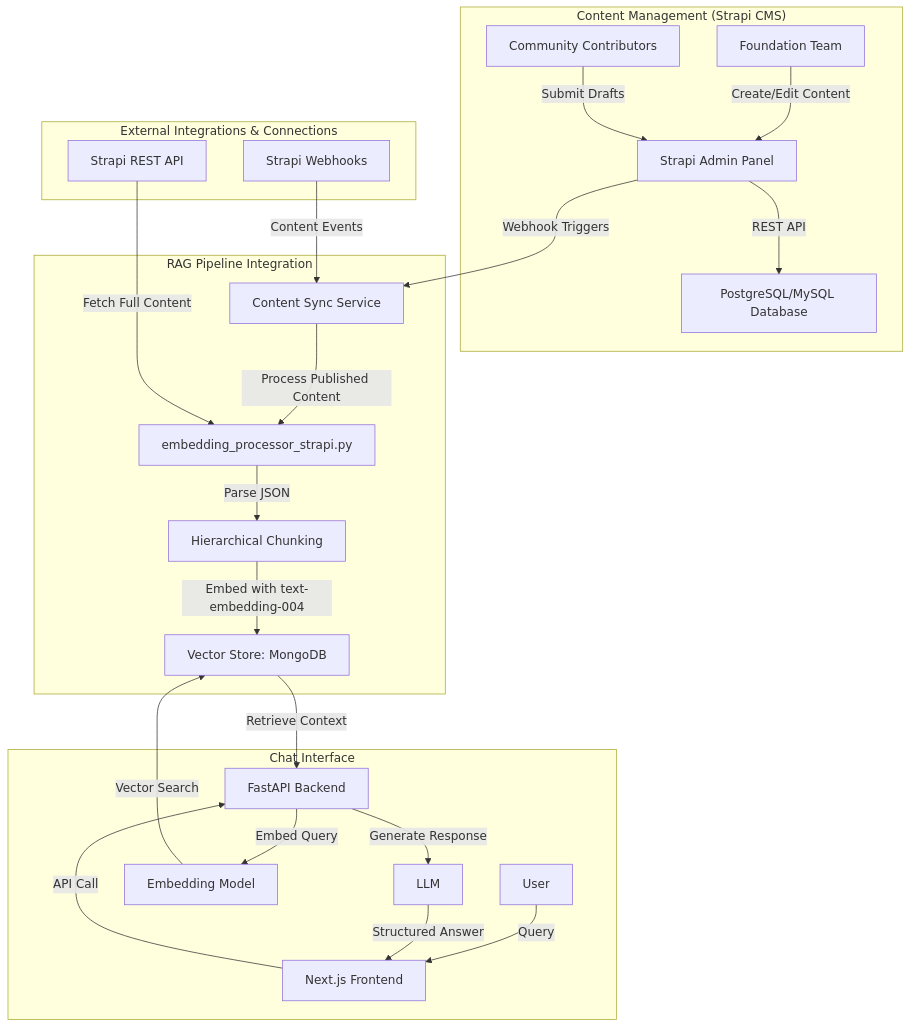
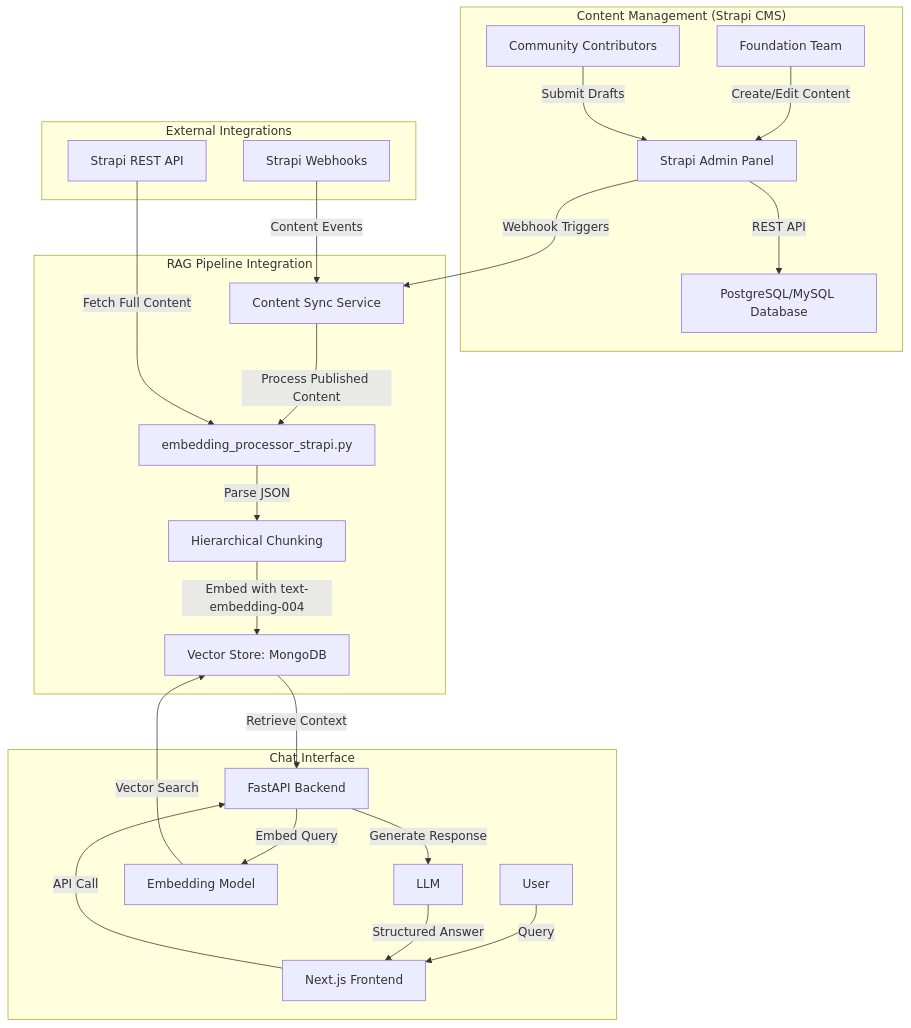
Before and after one commit to IndigoNakamoto/Litecoin-Knowledge-Hub: the diagram in README.md, drawn with Mermaid.

Commit message:
docs: Revise system architecture diagram syntax

````diff
--- a/README.md
+++ b/README.md
@@ -121,49 +121,51 @@
 ```mermaid
 graph TD
+    %% Define all nodes first
     subgraph "Content Management (Strapi CMS)"
         A[Foundation Team]
         C[Community Contributors]
         B[Strapi Admin Panel]
         E[PostgreSQL/MySQL Database]
-        
-        A -->|Create/Edit Content| B
-        C -->|Submit Drafts| B
-        B -->|REST API| E
     end
 
     subgraph "RAG Pipeline Integration"
         D[Content Sync Service]
         F[embedding_processor_strapi.py]
         G[Hierarchical Chunking]
         H[Vector Store: MongoDB]
-        
-        D -->|Process Published Content| F
-        F -->|Parse JSON| G
-        G -->|Embed with text-embedding-004| H
     end
 
     subgraph "Chat Interface"
         I[User]
         J[Next.js Frontend]
         K[FastAPI Backend]
         L[Embedding Model]
         M[LLM]
-        
-        I -->|Query| J
-        J -->|API Call| K
-        K -->|Embed Query| L
-        L -->|Vector Search| H
-        H -->|Retrieve Context| K
-        K -->|Generate Response| M
-        M -->|Structured Answer| J
     end
 
-    subgraph "External Integrations & Connections"
+    subgraph "External Integrations"
         N[Strapi Webhooks]
         O[Strapi REST API]
-        
-        B -->|Webhook Triggers| D
-        N -->|Content Events| D
-        O -->|Fetch Full Content| F
     end
+
+    %% Define all connections at the end
+    A -->|Create/Edit Content| B
+    C -->|Submit Drafts| B
+    B -->|REST API| E
+    B -->|Webhook Triggers| D
+    
+    D -->|Process Published Content| F
+    F -->|Parse JSON| G
+    G -->|Embed with text-embedding-004| H
+    
+    I -->|Query| J
+    J -->|API Call| K
+    K -->|Embed Query| L
+    L -->|Vector Search| H
+    H -->|Retrieve Context| K
+    K -->|Generate Response| M
+    M -->|Structured Answer| J
+
+    N -->|Content Events| D
+    O -->|Fetch Full Content| F
 ```
````
